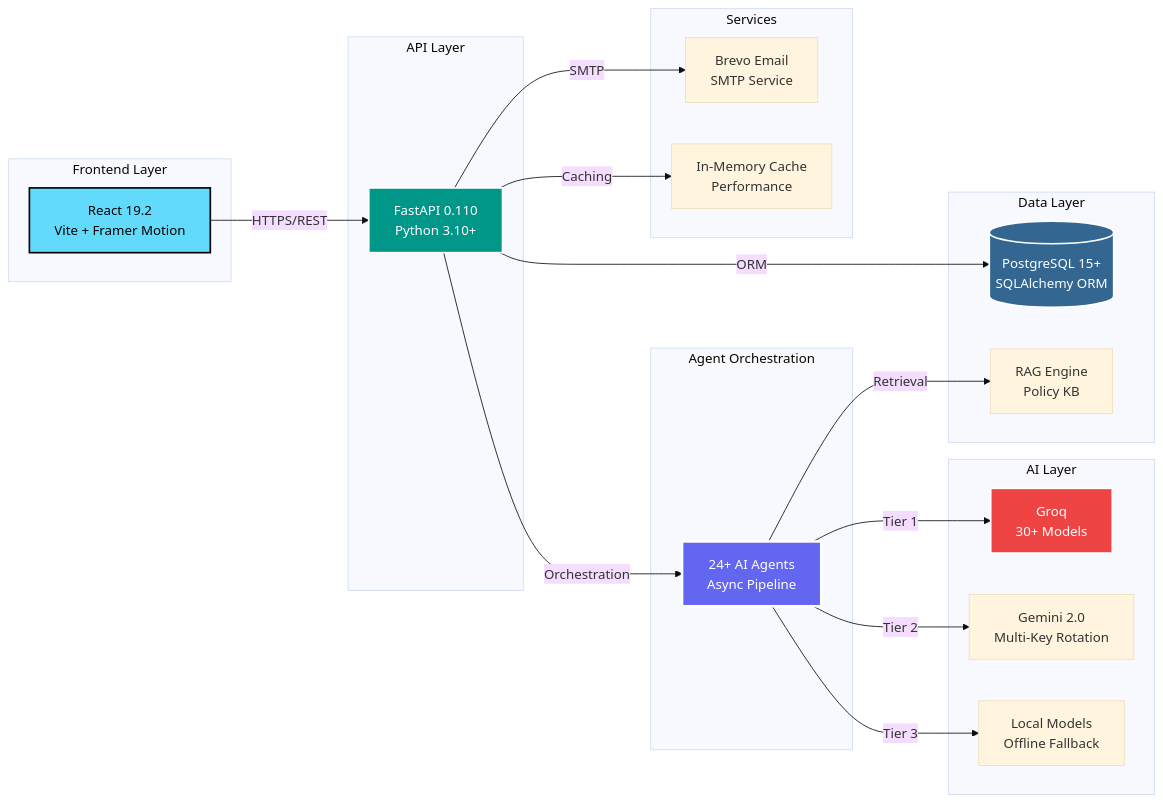
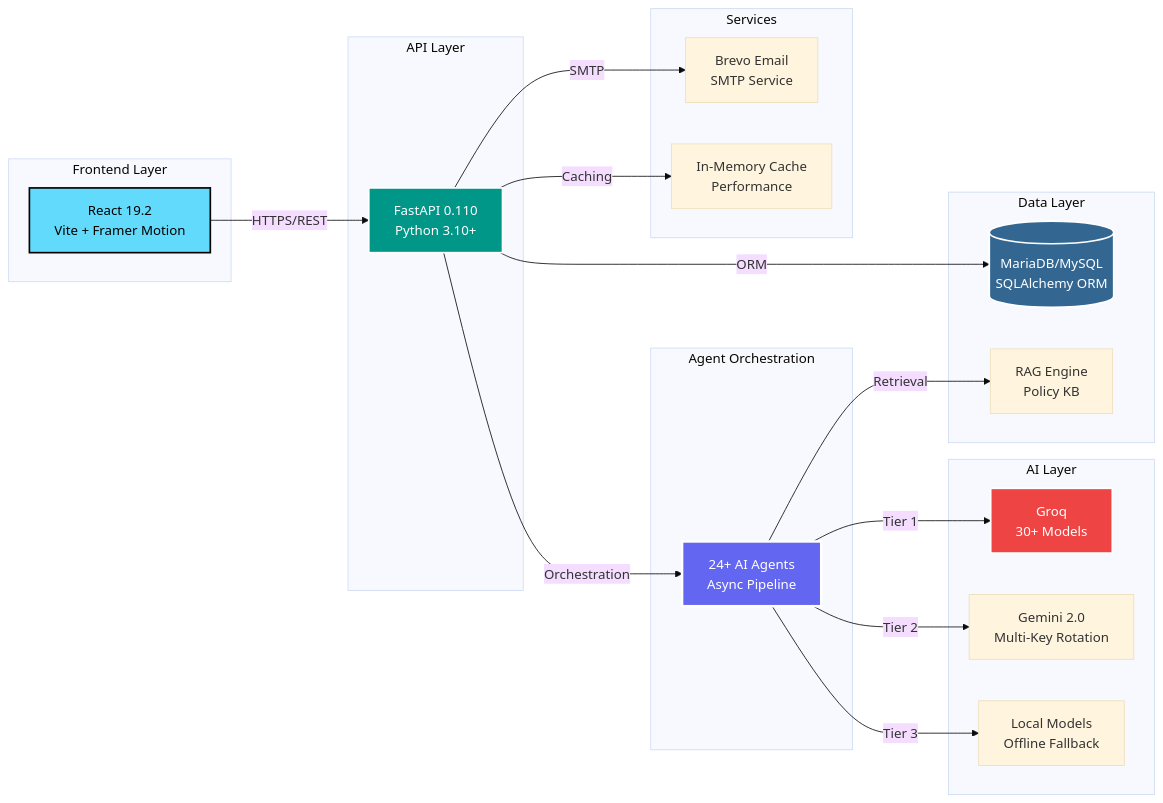
One commit to RiteshKumar2e/customer-complaint-agent_new changed the third of 6 diagrams in README.md. Above: the diagram before and after it, drawn with Mermaid (base theme). The commit also changed other lines of this file, not shown here.

````diff
--- a/README.md
+++ b/README.md
@@ -297,46 +297,46 @@
 ```mermaid
 graph LR
     subgraph "Frontend Layer"
         A[React 19.2<br/>Vite + Framer Motion]
     end
     
     subgraph "API Layer"
         B[FastAPI 0.110<br/>Python 3.10+]
     end
     
     subgraph "AI Layer"
         C1[Groq<br/>30+ Models]
         C2[Gemini 2.0<br/>Multi-Key Rotation]
         C3[Local Models<br/>Offline Fallback]
     end
     
     subgraph "Agent Orchestration"
         D[24+ AI Agents<br/>Async Pipeline]
     end
     
     subgraph "Data Layer"
-        E[(PostgreSQL 15+<br/>SQLAlchemy ORM)]
+        E[(MariaDB/MySQL<br/>SQLAlchemy ORM)]
         F[RAG Engine<br/>Policy KB]
     end
     
     subgraph "Services"
         G[Brevo Email<br/>SMTP Service]
         H[In-Memory Cache<br/>Performance]
     end
     
     A -->|HTTPS/REST| B
     B -->|Orchestration| D
     D -->|Tier 1| C1
     D -->|Tier 2| C2
     D -->|Tier 3| C3
     B -->|ORM| E
     D -->|Retrieval| F
     B -->|SMTP| G
     B -->|Caching| H
     
     style A fill:#61dafb,stroke:#000,stroke-width:2px,color:#000
     style B fill:#009688,stroke:#fff,stroke-width:2px,color:#fff
     style D fill:#6366f1,stroke:#fff,stroke-width:3px,color:#fff
     style C1 fill:#ef4444,stroke:#fff,stroke-width:2px,color:#fff
     style E fill:#336791,stroke:#fff,stroke-width:2px,color:#fff
 ```
````
